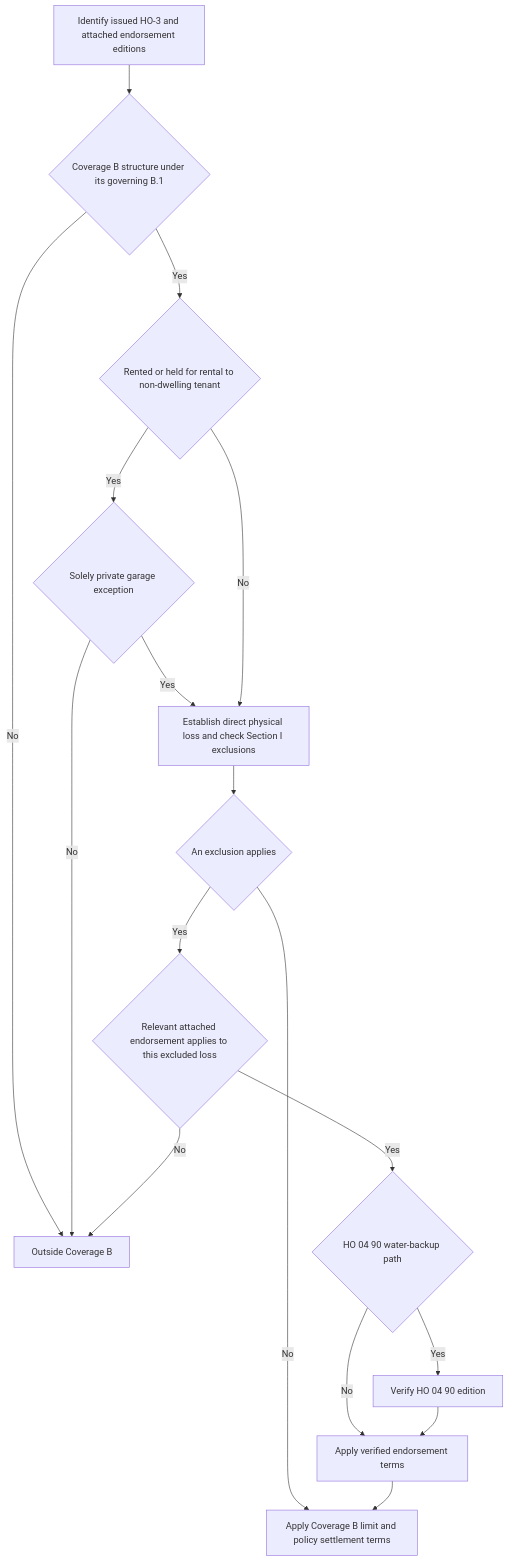
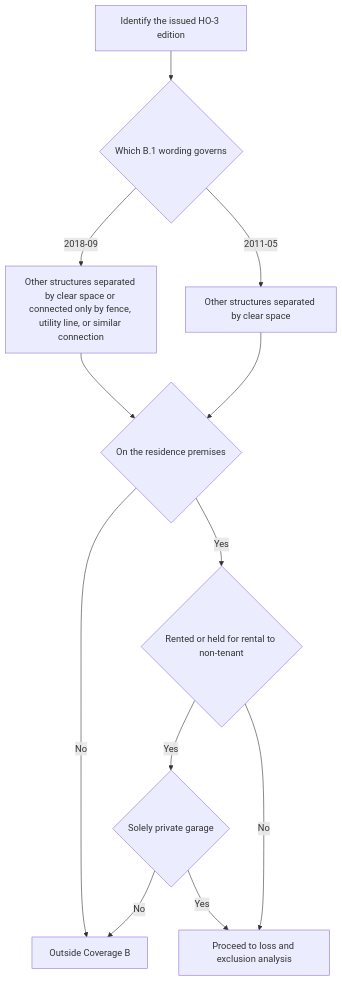
Before and after one commit to eugeneliu-86/openwiki-insurance-corpus: the diagram in openwiki/coverage/coverage-b/other-structures.md, drawn with Mermaid. The commit also changed other lines of this file and 59 other files, not shown here.

````diff
--- a/openwiki/coverage/coverage-b/other-structures.md
+++ b/openwiki/coverage/coverage-b/other-structures.md
@@ -100,19 +41,14 @@
 ```mermaid
 flowchart TD
-    Start["Identify issued HO-3 and attached endorsement editions"] --> Structure{"Coverage B structure under its governing B.1"}
-    Structure -- No --> Outside["Outside Coverage B"]
-    Structure -- Yes --> Rental{"Rented or held for rental to non-dwelling tenant"}
-    Rental -- Yes --> Garage{"Solely private garage exception"}
+    Record["Identify the issued HO-3 edition"] --> Edition{"Which B.1 wording governs"}
+    Edition -- "2011-05" --> Clear["Other structures separated by clear space"]
+    Edition -- "2018-09" --> Scope["Other structures separated by clear space or connected only by fence, utility line, or similar connection"]
+    Scope --> Premises{"On the residence premises"}
+    Clear --> Premises
+    Premises -- No --> Outside["Outside Coverage B"]
+    Premises -- Yes --> Use{"Rented or held for rental to non-tenant"}
+    Use -- Yes --> Garage{"Solely private garage"}
     Garage -- No --> Outside
-    Garage -- Yes --> Loss
-    Rental -- No --> Loss["Establish direct physical loss and check Section I exclusions"]
-    Loss --> Excluded{"An exclusion applies"}
-    Excluded -- No --> Limit["Apply Coverage B limit and policy settlement terms"]
-    Excluded -- Yes --> Endorsement{"Relevant attached endorsement applies to this excluded loss"}
-    Endorsement -- No --> Outside
-    Endorsement -- Yes --> Water{"HO 04 90 water-backup path"}
-    Water -- "No" --> Terms["Apply verified endorsement terms"]
-    Water -- "Yes" --> WaterEdition["Verify HO 04 90 edition"]
-    WaterEdition --> Terms
-    Terms --> Limit
+    Garage -- Yes --> Covered["Proceed to loss and exclusion analysis"]
+    Use -- No --> Covered
 ```
````
